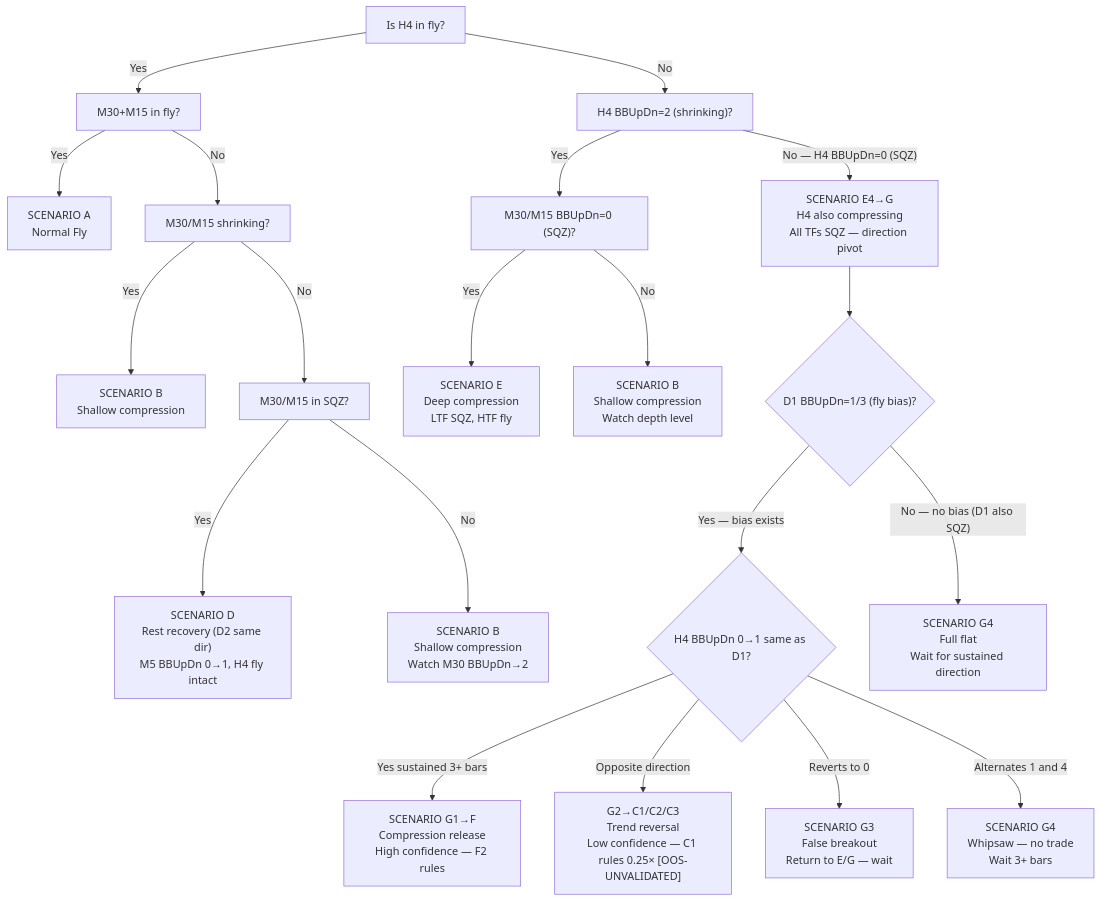
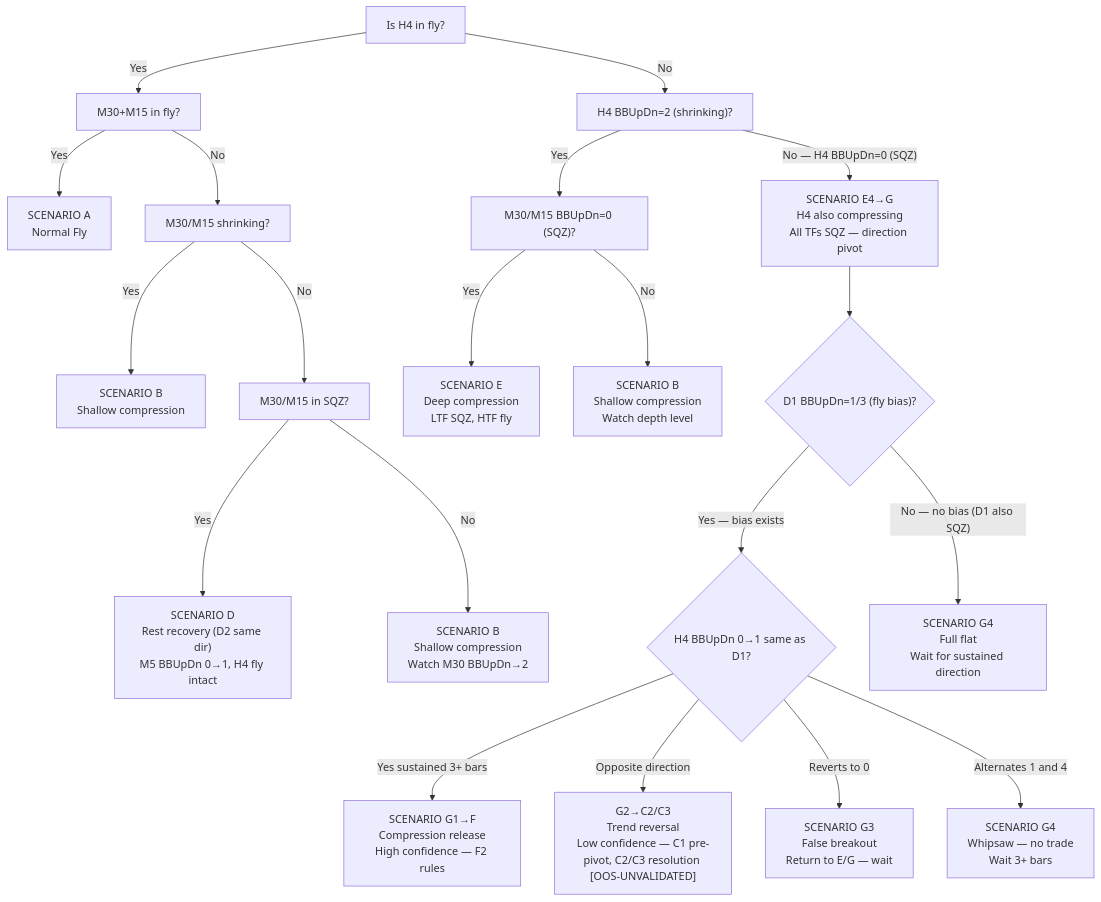
The third of 29 diagrams in references/backtest_chart_analysis.md (Terrypang89/BB_MTF_M15_STRATEGY), drawn with Mermaid before and after one commit. The commit also changed other lines of this file and 1 other file, not shown here.

First line of the commit message:
Re-time C1 as pre-pivot divergence state with tier-placement note

````diff
--- a/references/backtest_chart_analysis.md
+++ b/references/backtest_chart_analysis.md
@@ -1459,22 +1459,22 @@
 ```mermaid
 flowchart TD
     A["Is H4 in fly?"] -->|Yes| B["M30+M15 in fly?"]
     B -->|Yes| C["SCENARIO A\nNormal Fly"]
     B -->|No| D["M30/M15 shrinking?"]
     D -->|Yes| E["SCENARIO B\nShallow compression"]
     D -->|No| F["M30/M15 in SQZ?"]
     F -->|Yes| G["SCENARIO D\nRest recovery (D2 same dir)\nM5 BBUpDn 0→1, H4 fly intact"]
     F -->|No| H["SCENARIO B\nShallow compression\nWatch M30 BBUpDn→2"]
     A -->|No| I["H4 BBUpDn=2 (shrinking)?"]
     I -->|Yes| J["M30/M15 BBUpDn=0 (SQZ)?"]
     J -->|Yes| K["SCENARIO E\nDeep compression\nLTF SQZ, HTF fly"]
     J -->|No| L["SCENARIO B\nShallow compression\nWatch depth level"]
     I -->|"No — H4 BBUpDn=0 (SQZ)"| M["SCENARIO E4→G\nH4 also compressing\nAll TFs SQZ — direction pivot"]
     M --> N{"D1 BBUpDn=1/3 (fly bias)?"}
     N -->|Yes — bias exists| O{"H4 BBUpDn 0→1 same as D1?"}
     O -->|Yes sustained 3+ bars| P["SCENARIO G1→F\nCompression release\nHigh confidence — F2 rules"]
-    O -->|Opposite direction| Q["G2→C1/C2/C3\nTrend reversal\nLow confidence — C1 rules 0.25× [OOS-UNVALIDATED]"]
+    O -->|Opposite direction| Q["G2→C2/C3\nTrend reversal\nLow confidence — C1 pre-pivot, C2/C3 resolution [OOS-UNVALIDATED]"]
     O -->|Reverts to 0| R["SCENARIO G3\nFalse breakout\nReturn to E/G — wait"]
     O -->|Alternates 1 and 4| S["SCENARIO G4\nWhipsaw — no trade\nWait 3+ bars"]
     N -->|"No — no bias (D1 also SQZ)"| T["SCENARIO G4\nFull flat\nWait for sustained direction"]
 ```
````
